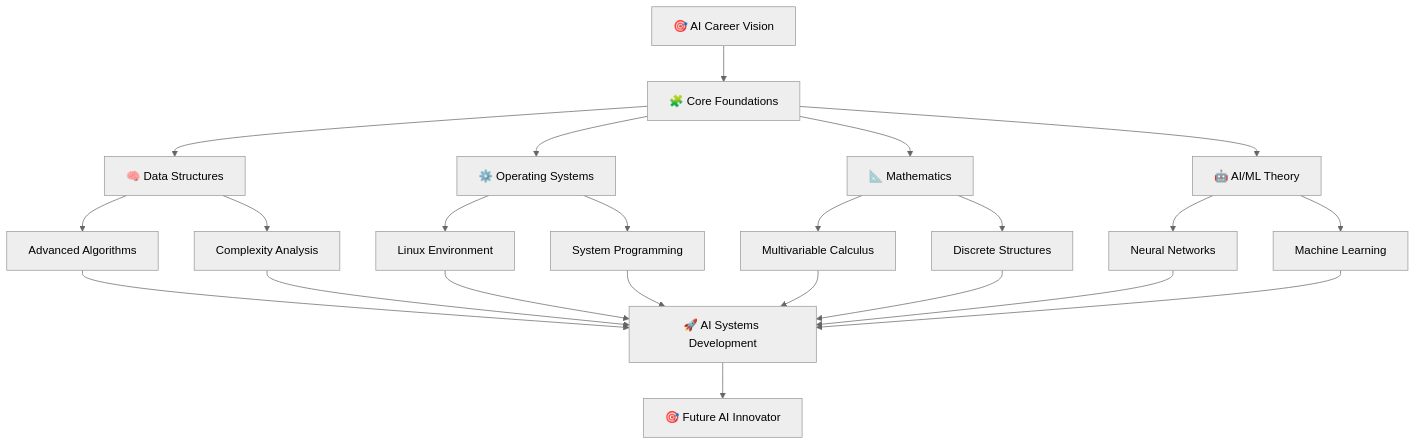
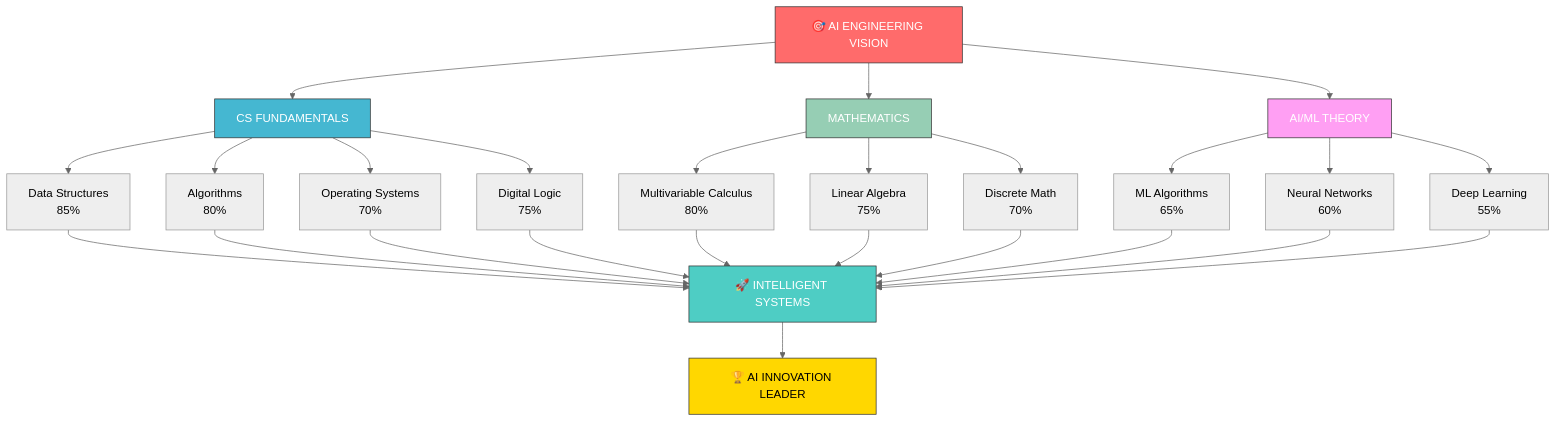
Before and after one commit to MuhammadZafran33/MuhammadZafran33: the diagram in README.md, drawn with Mermaid (neutral theme). The commit also changed other lines of this file, not shown here.

````diff
--- a/README.md
+++ b/README.md
@@ -13,27 +221,31 @@
 ```mermaid
-flowchart TD
-    A[🎯 AI Career Vision] --> B[🧩 Core Foundations]
+graph TB
+    A["🎯 AI ENGINEERING VISION"] 
     
-    B --> C[🧠 Data Structures]
-    B --> D[⚙️ Operating Systems]
-    B --> E[📐 Mathematics]
-    B --> F[🤖 AI/ML Theory]
+    A --> B["CS FUNDAMENTALS"]
+    A --> C["MATHEMATICS"]
+    A --> D["AI/ML THEORY"]
     
-    C --> C1[Advanced Algorithms]
-    C --> C2[Complexity Analysis]
+    B --> B1["Data Structures<br/>85%"]
+    B --> B2["Algorithms<br/>80%"]
+    B --> B3["Operating Systems<br/>70%"]
+    B --> B4["Digital Logic<br/>75%"]
     
-    D --> D1[Linux Environment]
-    D --> D2[System Programming]
+    C --> C1["Multivariable Calculus<br/>80%"]
+    C --> C2["Linear Algebra<br/>75%"]
+    C --> C3["Discrete Math<br/>70%"]
     
-    E --> E1[Multivariable Calculus]
-    E --> E2[Discrete Structures]
+    D --> D1["ML Algorithms<br/>65%"]
+    D --> D2["Neural Networks<br/>60%"]
+    D --> D3["Deep Learning<br/>55%"]
     
-    F --> F1[Neural Networks]
-    F --> F2[Machine Learning]
+    B1 & B2 & B3 & B4 & C1 & C2 & C3 & D1 & D2 & D3 --> E["🚀 INTELLIGENT SYSTEMS"]
+    E --> F["🏆 AI INNOVATION LEADER"]
     
-    C1 & D1 & E1 & F1 --> G[🚀 AI Systems Development]
-    C2 & D2 & E2 & F2 --> G
-    
-    G --> H[🎯 Future AI Innovator]
-
+    style A fill:#ff6b6b,stroke:#333,color:#fff
+    style E fill:#4ecdc4,stroke:#333,color:#fff
+    style F fill:#ffd700,stroke:#333,color:#000
+    style B fill:#45b7d1,stroke:#333,color:#fff
+    style C fill:#96ceb4,stroke:#333,color:#fff
+    style D fill:#ff9ff3,stroke:#333,color:#fff
 ```
````
